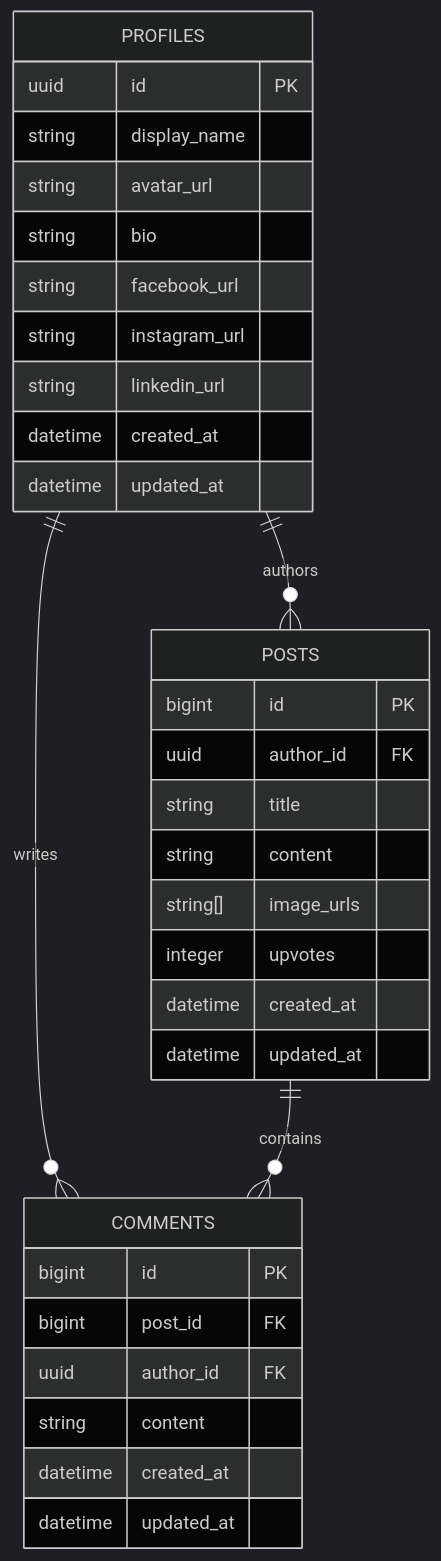
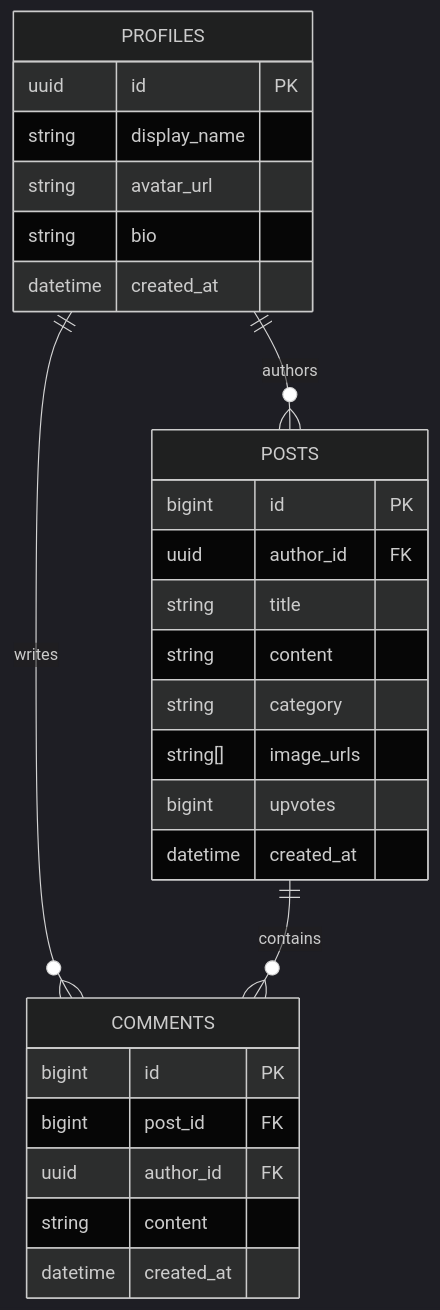
The diagram in docs/02-data-model-and-erd.md (MinhThien-Pham/Volunteer-Social-Hub), drawn with Mermaid (dark theme) before and after one commit. The commit also changed other lines of this file and 5 other files, not shown here.

````diff
--- a/docs/02-data-model-and-erd.md
+++ b/docs/02-data-model-and-erd.md
@@ -406,38 +88,33 @@
 ```mermaid
 erDiagram
     PROFILES ||--o{ POSTS : authors
     PROFILES ||--o{ COMMENTS : writes
     POSTS ||--o{ COMMENTS : contains
 
     PROFILES {
         uuid id PK
         string display_name
         string avatar_url
         string bio
-        string facebook_url
-        string instagram_url
-        string linkedin_url
         datetime created_at
-        datetime updated_at
     }
 
     POSTS {
         bigint id PK
         uuid author_id FK
         string title
         string content
+        string category
         string[] image_urls
-        integer upvotes
+        bigint upvotes
         datetime created_at
-        datetime updated_at
     }
 
     COMMENTS {
         bigint id PK
         bigint post_id FK
         uuid author_id FK
         string content
         datetime created_at
-        datetime updated_at
     }
 ```
````
